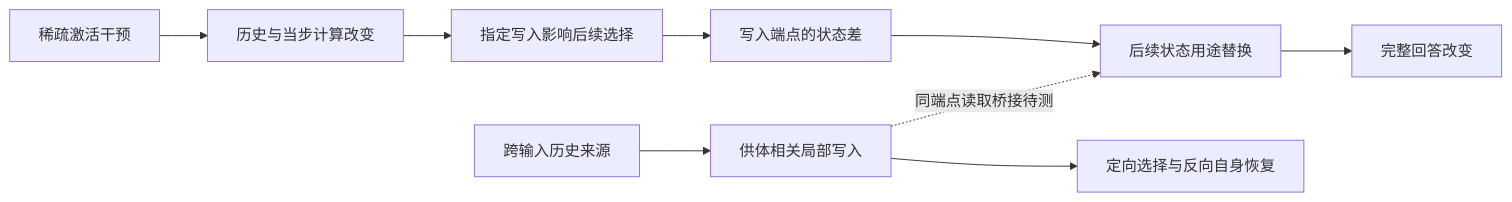
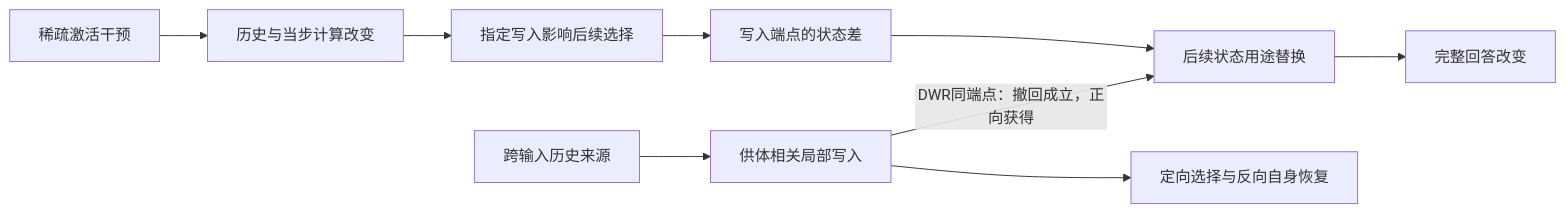
One commit to yuxiexiong/acupuncture changed the diagram in docs/mechanism-paper-skeleton-2026-11-05.zh-CN.md. Above: the diagram before and after it, drawn with Mermaid. The commit also changed other lines of this file and 110 other files, not shown here.

````diff
--- a/docs/mechanism-paper-skeleton-2026-11-05.zh-CN.md
+++ b/docs/mechanism-paper-skeleton-2026-11-05.zh-CN.md
@@ -202,11 +229,11 @@
 ```mermaid
 flowchart LR
     I[稀疏激活干预] --> H[历史与当步计算改变]
     H --> W[指定写入影响后续选择]
     W --> S[写入端点的状态差]
     S --> R[后续状态用途替换]
     R --> Y[完整回答改变]
     V[跨输入历史来源] --> DW[供体相关局部写入]
     DW --> DY[定向选择与反向自身恢复]
-    DW -. 同端点读取桥接待测 .-> R
+    DW -->|DWR同端点：撤回成立，正向获得| R
 ```
````
